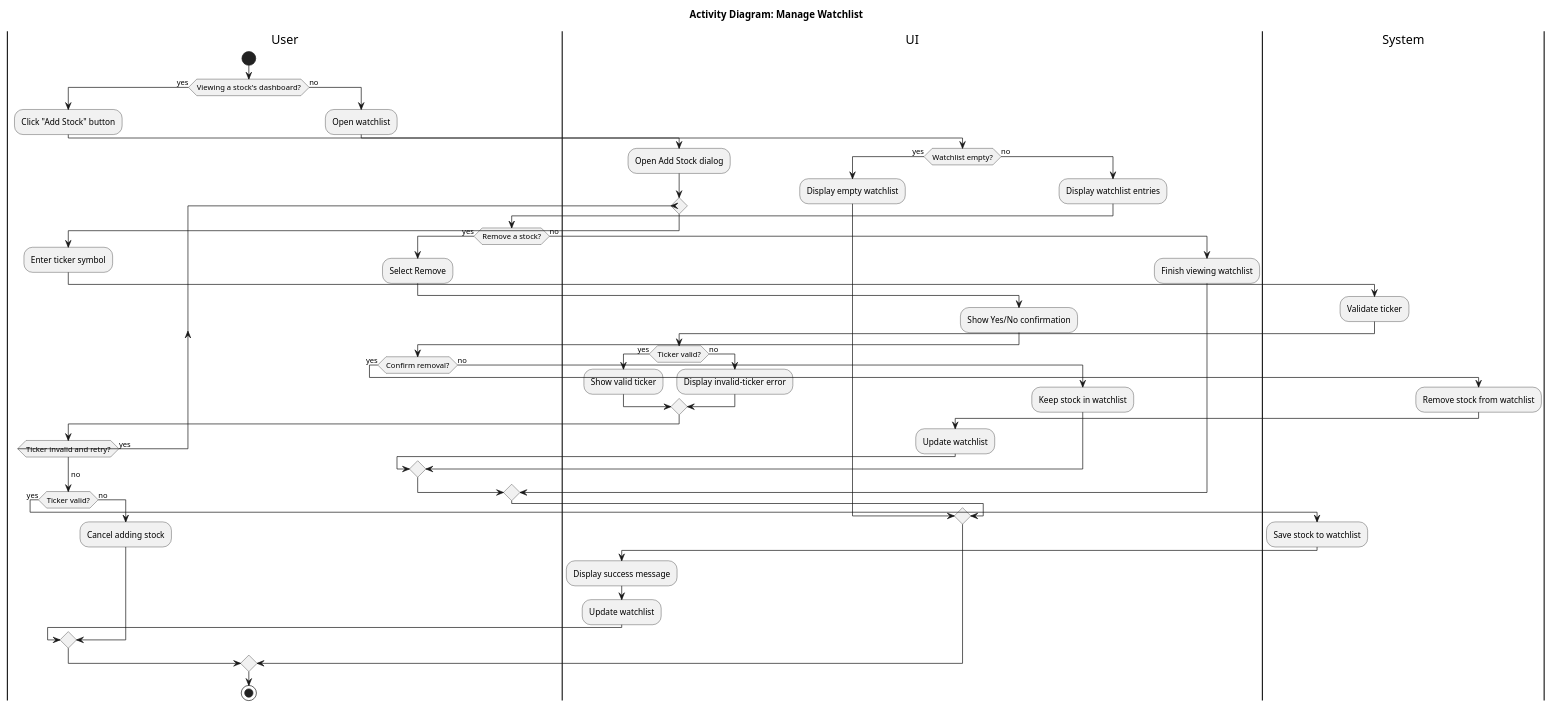
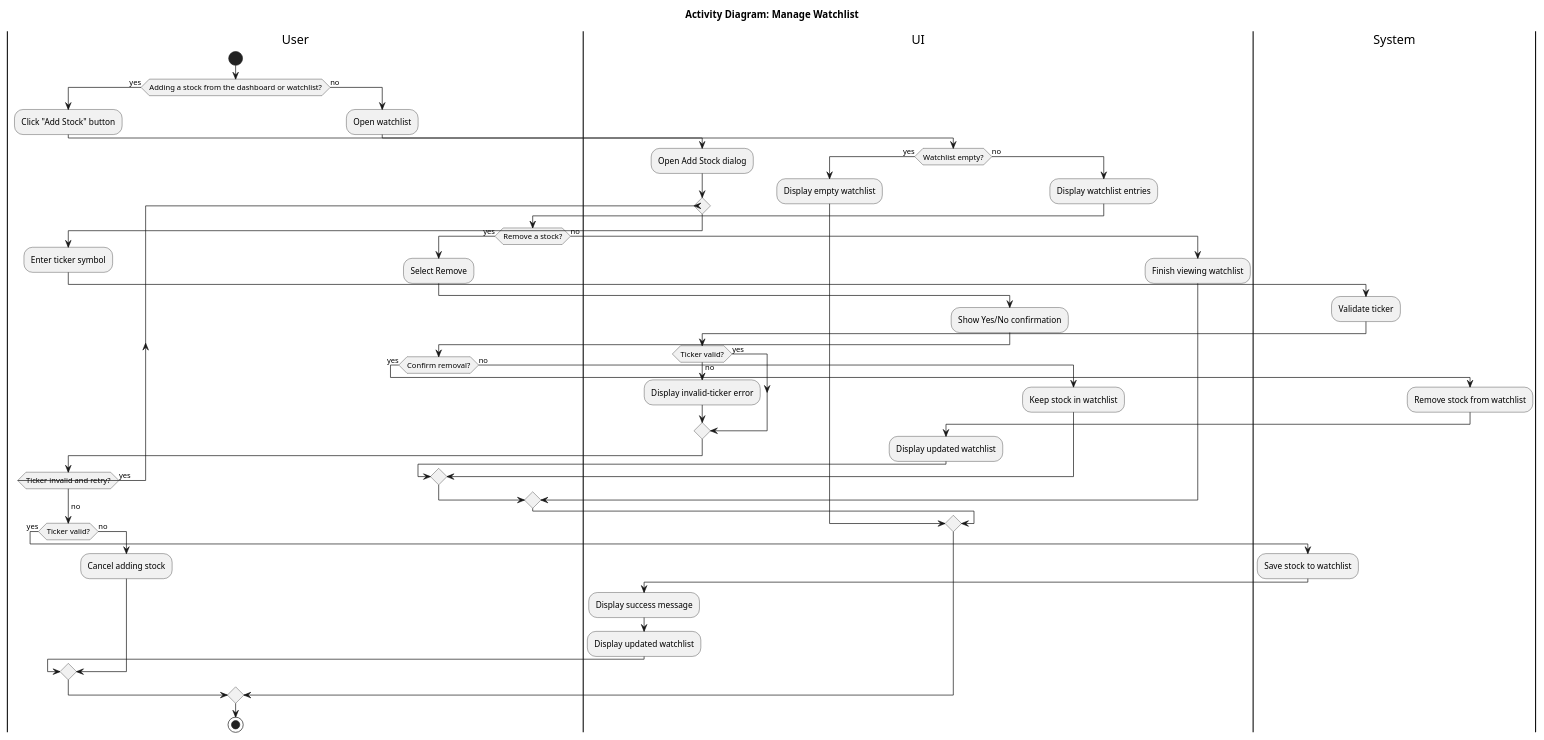
The diagram in documentation/Media/ManageWatchlistActivityDiagram.puml (techGirl0/stock-market-analyzer), drawn with PlantUML before and after one commit. The commit also changed 1 other file, not shown here.

```diff
--- a/documentation/Media/ManageWatchlistActivityDiagram.puml
+++ b/documentation/Media/ManageWatchlistActivityDiagram.puml
@@ -1,77 +1,76 @@
 @startuml
 title Activity Diagram: Manage Watchlist
 
 |User|
 start
-if (Viewing a stock's dashboard?) then (yes)
+if (Adding a stock from the dashboard or watchlist?) then (yes)
   :Click "Add Stock" button;
 
   |UI|
   :Open Add Stock dialog;
 
   repeat
     |User|
     :Enter ticker symbol;
 
     |System|
     :Validate ticker;
 
     |UI|
     if (Ticker valid?) then (yes)
-      :Show valid ticker;
     else (no)
       :Display invalid-ticker error;
     endif
 
     |User|
   repeat while (Ticker invalid and retry?) is (yes)
   -> no;
 
   if (Ticker valid?) then (yes)
     |System|
     :Save stock to watchlist;
 
     |UI|
     :Display success message;
-    :Update watchlist;
+    :Display updated watchlist;
   else (no)
     |User|
     :Cancel adding stock;
   endif
 
 else (no)
   :Open watchlist;
 
   |UI|
   if (Watchlist empty?) then (yes)
     :Display empty watchlist;
   else (no)
     :Display watchlist entries;
 
     |User|
     if (Remove a stock?) then (yes)
       :Select Remove;
 
       |UI|
       :Show Yes/No confirmation;
 
       |User|
       if (Confirm removal?) then (yes)
         |System|
         :Remove stock from watchlist;
 
         |UI|
-        :Update watchlist;
+        :Display updated watchlist;
       else (no)
         |UI|
         :Keep stock in watchlist;
       endif
     else (no)
       :Finish viewing watchlist;
     endif
   endif
 endif
 
 |User|
 stop
 @enduml
```
